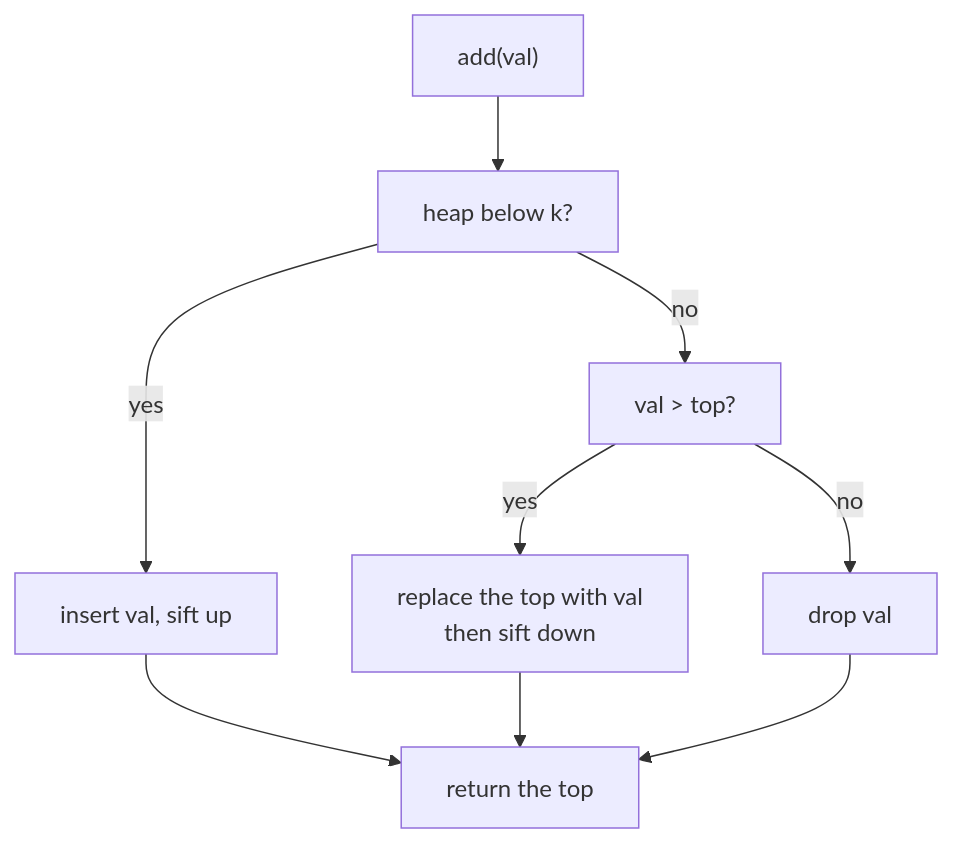
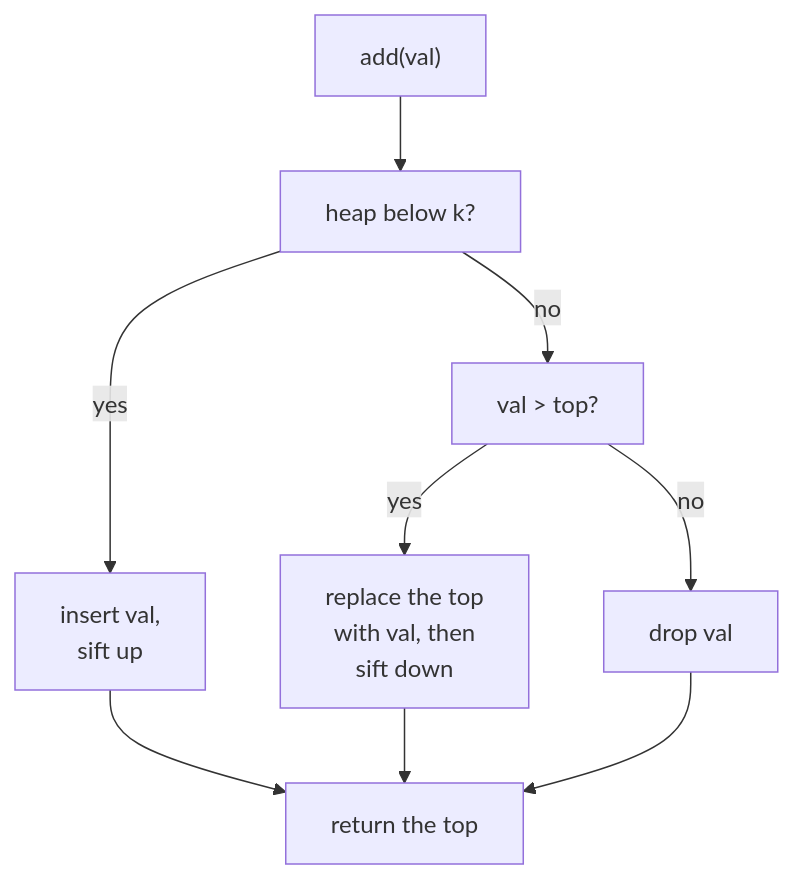
One commit to duongbui234/software-engineering-atlas changed the diagram in content/en/problems/kth-largest-element-in-a-stream.md. Above: the diagram before and after it, drawn with Mermaid. The commit also changed 134 other files, not shown here.

First line of the commit message:
Fit every Mermaid diagram at 390px without sideways scroll (#56)

````diff
--- a/content/en/problems/kth-largest-element-in-a-stream.md
+++ b/content/en/problems/kth-largest-element-in-a-stream.md
@@ -51,11 +51,11 @@
 ```mermaid
 flowchart TB
   A["add(val)"] --> B["heap below k?"]
-  B -->|"yes"| C["insert val, sift up"]
+  B -->|"yes"| C["insert val,<br/>sift up"]
   B -->|"no"| D["val > top?"]
-  D -->|"yes"| E["replace the top with val<br/>then sift down"]
+  D -->|"yes"| E["replace the top<br/>with val, then<br/>sift down"]
   D -->|"no"| F["drop val"]
   C --> G["return the top"]
   E --> G
   F --> G
 ```
````
